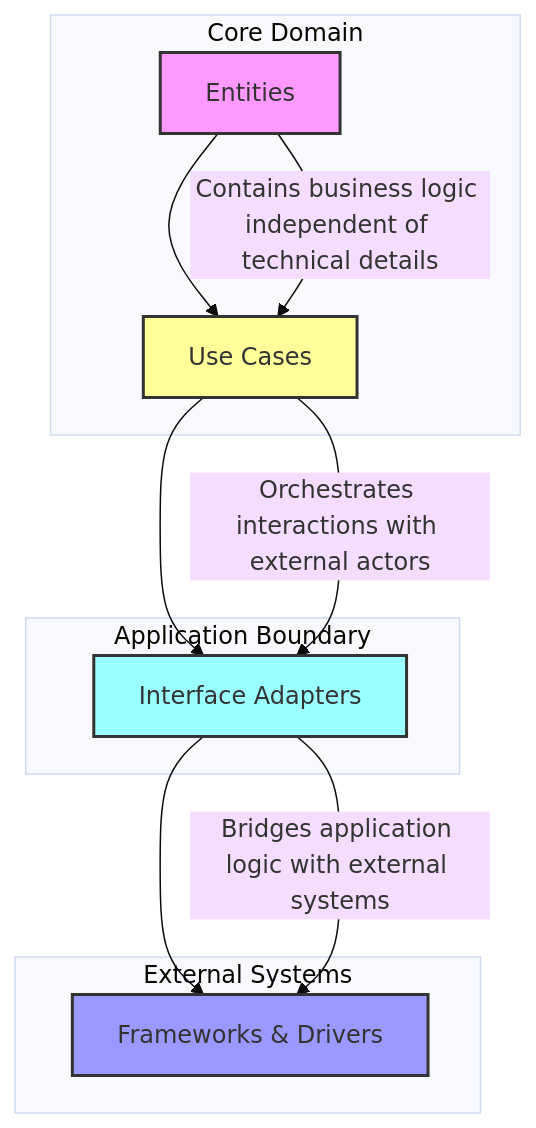
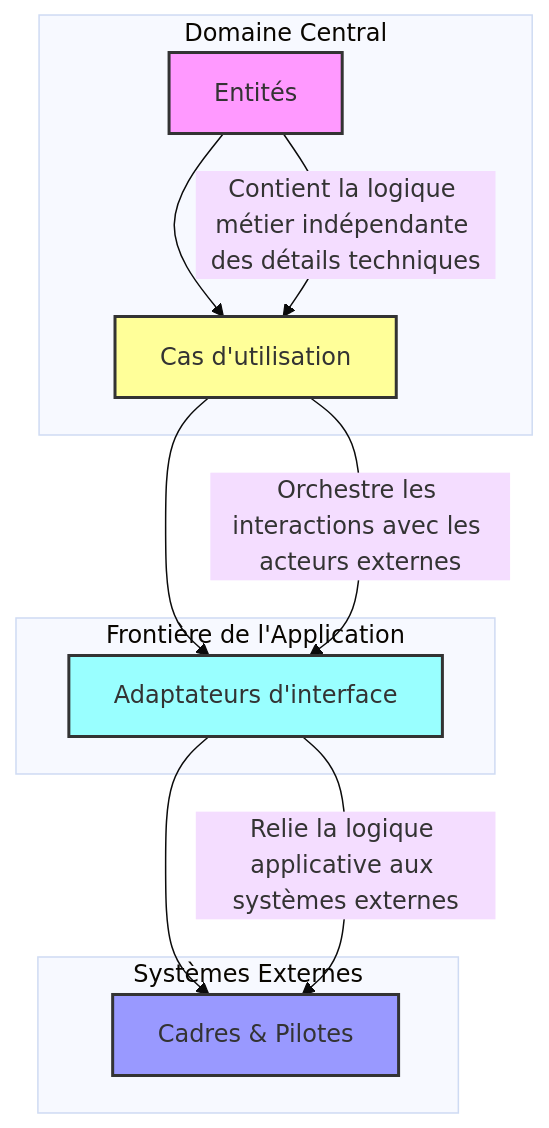
The first of 2 diagrams in 02_CONCEPTS_ARCHI/Supports/Chapitre_introduction.md (CDA04/Architecture), drawn with Mermaid (base theme) before and after one commit.

Commit message:
Update Chapitre_introduction.md
Schéma clean archi

````diff
--- a/02_CONCEPTS_ARCHI/Supports/Chapitre_introduction.md
+++ b/02_CONCEPTS_ARCHI/Supports/Chapitre_introduction.md
@@ -26,26 +26,26 @@
 ```mermaid
 flowchart TD
-    A[Entities] --> B[Use Cases] --> C[Interface Adapters] --> D[Frameworks & Drivers]
+    A[Entités] --> B[Cas d'utilisation] --> C[Adaptateurs d'interface] --> D[Cadres & Pilotes]
 
-    subgraph Core Domain
+    subgraph Domaine Central
         A
         B
     end
 
-    subgraph Application Boundary
+    subgraph Frontière de l'Application
         C
     end
 
-    subgraph External Systems
+    subgraph Systèmes Externes
         D
     end
 
     style A fill:#f9f,stroke:#333,stroke-width:2px
     style B fill:#ff9,stroke:#333,stroke-width:2px
     style C fill:#9ff,stroke:#333,stroke-width:2px
     style D fill:#99f,stroke:#333,stroke-width:2px
 
-    A:::core -- Contains business logic independent of technical details --> B:::core
-    B:::core -- Orchestrates interactions with external actors --> C:::boundary
-    C:::boundary -- Bridges application logic with external systems --> D:::external
+    A:::core -- Contient la logique métier indépendante des détails techniques --> B:::core
+    B:::core -- Orchestre les interactions avec les acteurs externes --> C:::boundary
+    C:::boundary -- Relie la logique applicative aux systèmes externes --> D:::external
 ```
````
